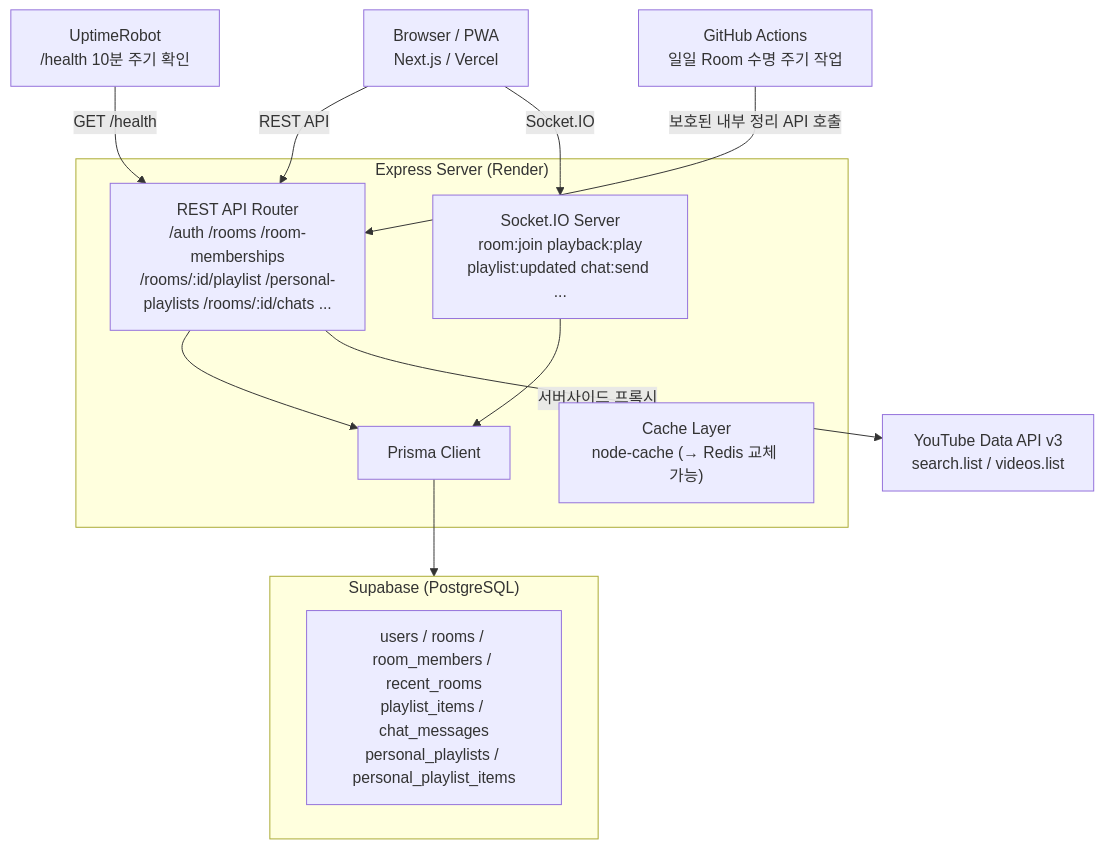
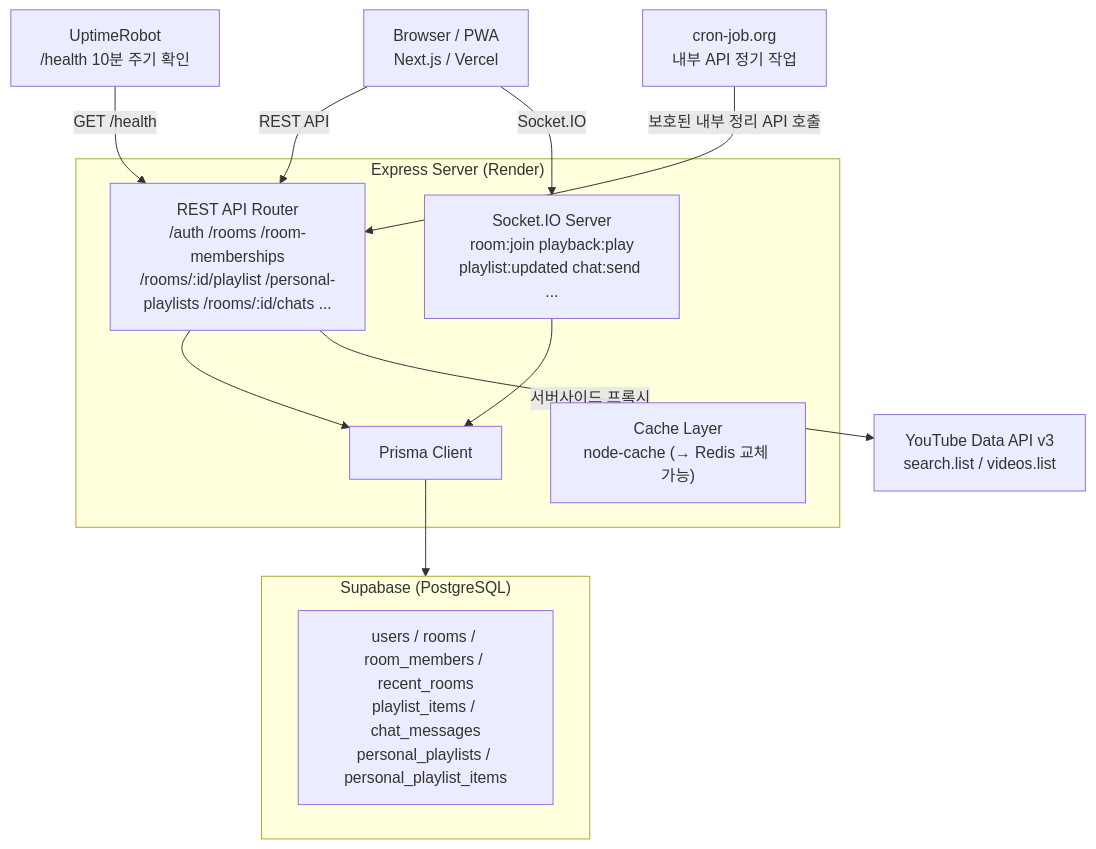
One commit to TechUP-SYFITY/SYFITY changed the first of 11 diagrams in docs/02-system-architecture.md. Above: the diagram before and after it, drawn with Mermaid. The commit also changed other lines of this file and 79 other files, not shown here.

Commit message:
feat: add youtube compliance account flows

````diff
--- a/docs/02-system-architecture.md
+++ b/docs/02-system-architecture.md
@@ -82,28 +82,28 @@
 ```mermaid
 graph TD
     Client["Browser / PWA<br>Next.js / Vercel"]
     Monitor["UptimeRobot<br>/health 10분 주기 확인"]
-    Scheduler["GitHub Actions<br>일일 Room 수명 주기 작업"]
+    Scheduler["cron-job.org<br>내부 API 정기 작업"]
 
     subgraph Express["Express Server (Render)"]
         API["REST API Router<br>/auth /rooms /room-memberships<br>/rooms/:id/playlist /personal-playlists /rooms/:id/chats ..."]
         Socket["Socket.IO Server<br>room:join playback:play<br>playlist:updated chat:send ..."]
         Prisma["Prisma Client"]
         Cache["Cache Layer<br>node-cache (→ Redis 교체 가능)"]
     end
 
     subgraph DB["Supabase (PostgreSQL)"]
         Tables["users / rooms / room_members / recent_rooms<br>playlist_items / chat_messages<br>personal_playlists / personal_playlist_items"]
     end
 
     YouTube["YouTube Data API v3<br>search.list / videos.list"]
 
     Client -->|REST API| API
     Client -->|Socket.IO| Socket
     Monitor -->|GET /health| API
     Scheduler -->|보호된 내부 정리 API 호출| API
     API --> Prisma
     Socket --> Prisma
     Prisma --> DB
     API -->|서버사이드 프록시| YouTube
 ```
````
